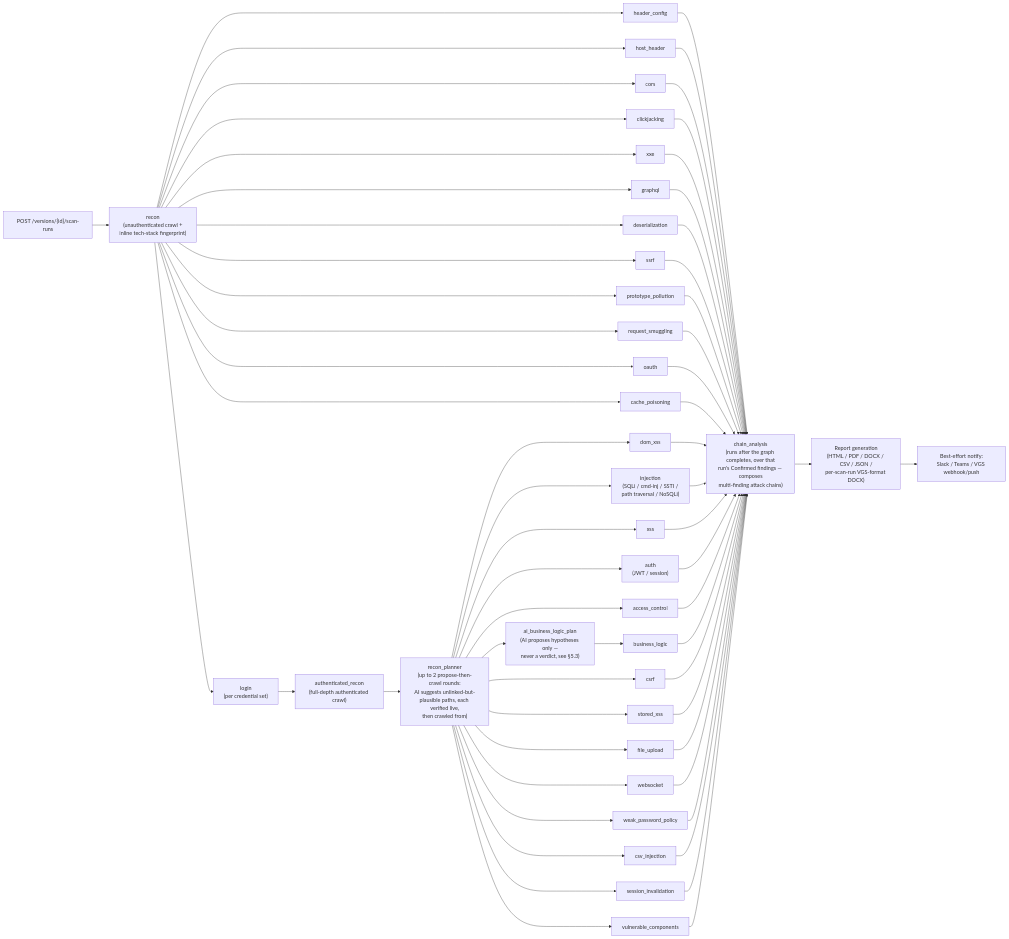
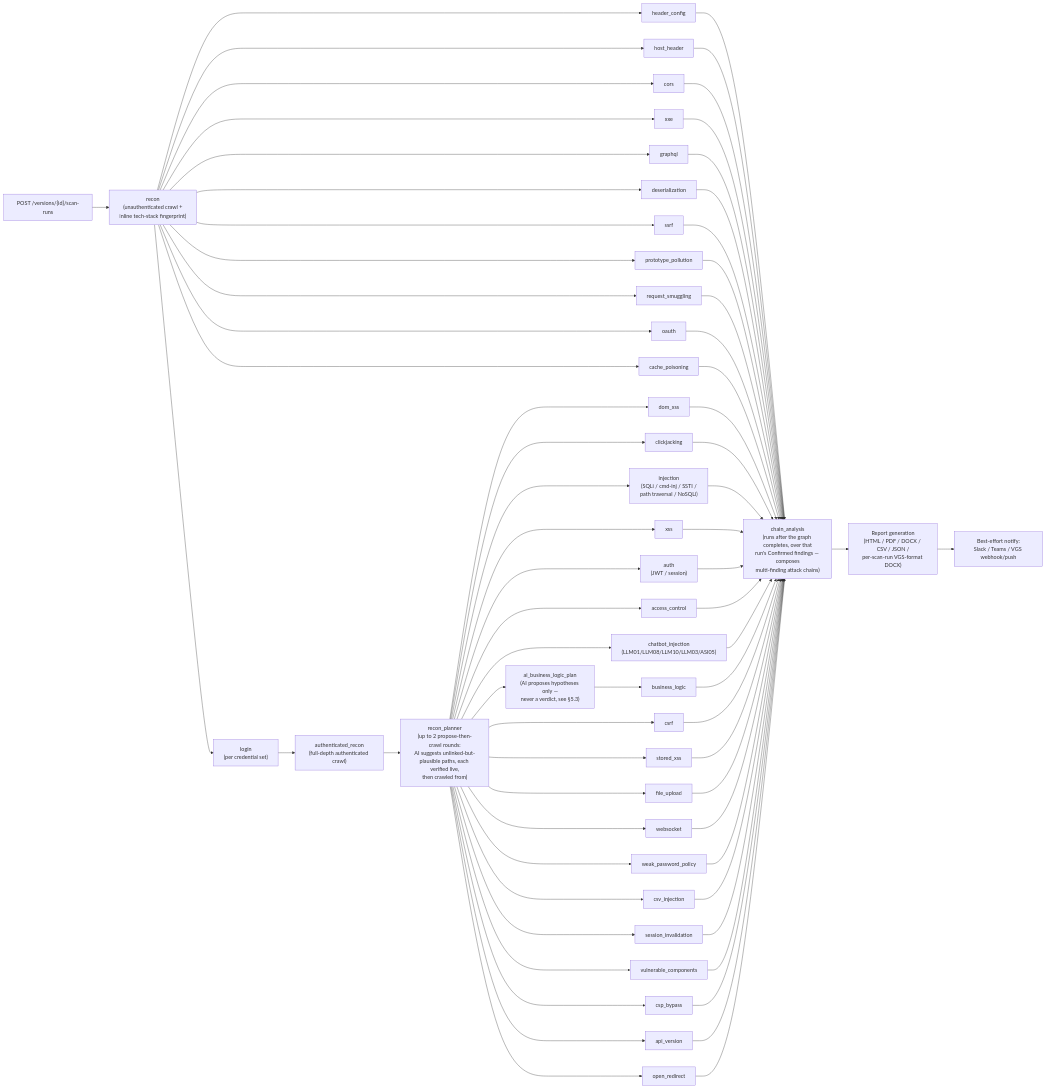
Before and after one commit to mudigondabhanu85/verdikt: the diagram in docs/architecture-overview/diagrams/03_scan_lifecycle.mmd, drawn with Mermaid. The commit also changed 9 other files, not shown here.

First line of the commit message:
Bring architecture doc, deck, and replication prompt current with reality

```diff
--- a/docs/architecture-overview/diagrams/03_scan_lifecycle.mmd
+++ b/docs/architecture-overview/diagrams/03_scan_lifecycle.mmd
@@ -1,36 +1,40 @@
 flowchart LR
     A["POST /versions/{id}/scan-runs"] --> B["recon<br/>(unauthenticated crawl +<br/>inline tech-stack fingerprint)"]
     B --> U1["header_config"]
     B --> U2["host_header"]
     B --> U3["cors"]
-    B --> U4["clickjacking"]
     B --> U5["xxe"]
     B --> U6["graphql"]
     B --> U7["deserialization"]
     B --> U8["ssrf"]
     B --> U9["prototype_pollution"]
     B --> U10["request_smuggling"]
     B --> U11["oauth"]
     B --> U12["cache_poisoning"]
     B --> L["login<br/>(per credential set)"]
     L --> E["authenticated_recon<br/>(full-depth authenticated crawl)"]
     E --> P["recon_planner<br/>(up to 2 propose-then-crawl rounds:<br/>AI suggests unlinked-but-<br/>plausible paths, each verified live,<br/>then crawled from)"]
     P --> A1["dom_xss"]
+    P --> U4["clickjacking"]
     P --> A2["injection<br/>(SQLi / cmd-inj / SSTI /<br/>path traversal / NoSQLi)"]
     P --> A3["xss"]
     P --> A4["auth<br/>(JWT / session)"]
     P --> A5["access_control"]
+    P --> A15["chatbot_injection<br/>(LLM01/LLM08/LLM10/LLM03/ASI05)"]
     P --> BP["ai_business_logic_plan<br/>(AI proposes hypotheses only —<br/>never a verdict, see §5.3)"]
     BP --> A6["business_logic"]
     P --> A7["csrf"]
     P --> A8["stored_xss"]
     P --> A9["file_upload"]
     P --> A10["websocket"]
     P --> A11["weak_password_policy"]
     P --> A12["csv_injection"]
     P --> A13["session_invalidation"]
     P --> A14["vulnerable_components"]
-    U1 & U2 & U3 & U4 & U5 & U6 & U7 & U8 & U9 & U10 & U11 & U12 --> G
-    A1 & A2 & A3 & A4 & A5 & A6 & A7 & A8 & A9 & A10 & A11 & A12 & A13 & A14 --> G["chain_analysis<br/>(runs after the graph completes, over that<br/>run's Confirmed findings — composes<br/>multi-finding attack chains)"]
+    P --> A16["csp_bypass"]
+    P --> A17["api_version"]
+    P --> A18["open_redirect"]
+    U1 & U2 & U3 & U5 & U6 & U7 & U8 & U9 & U10 & U11 & U12 --> G
+    A1 & U4 & A2 & A3 & A4 & A5 & A15 & A6 & A7 & A8 & A9 & A10 & A11 & A12 & A13 & A14 & A16 & A17 & A18 --> G["chain_analysis<br/>(runs after the graph completes, over that<br/>run's Confirmed findings — composes<br/>multi-finding attack chains)"]
     G --> H["Report generation<br/>(HTML / PDF / DOCX / CSV / JSON /<br/>per-scan-run VGS-format DOCX)"]
     H --> I["Best-effort notify:<br/>Slack / Teams / VGS webhook/push"]
```
